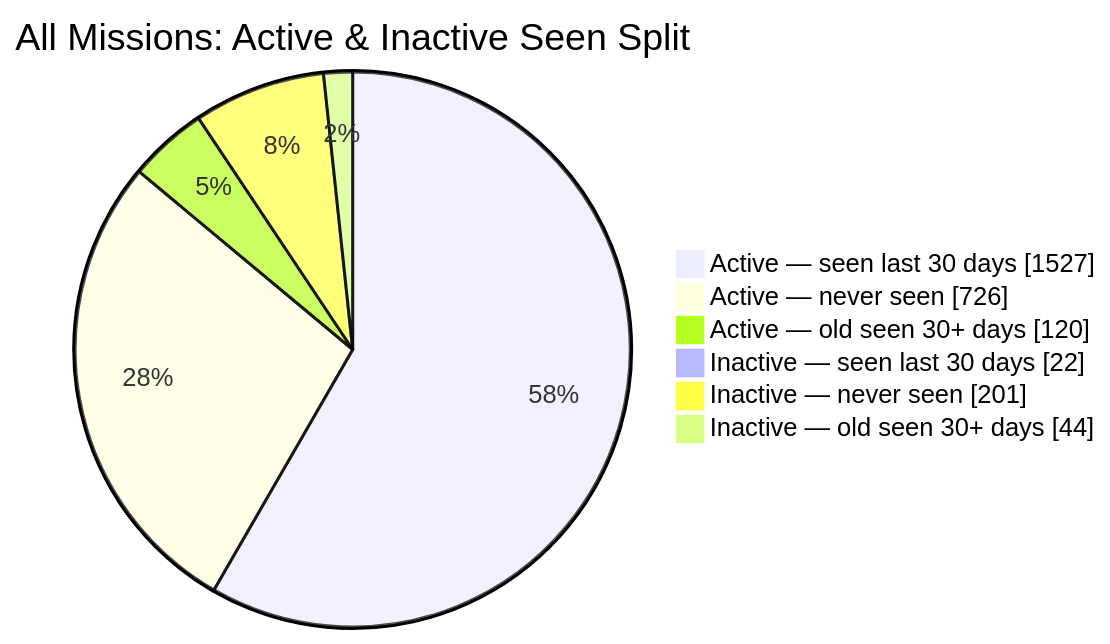
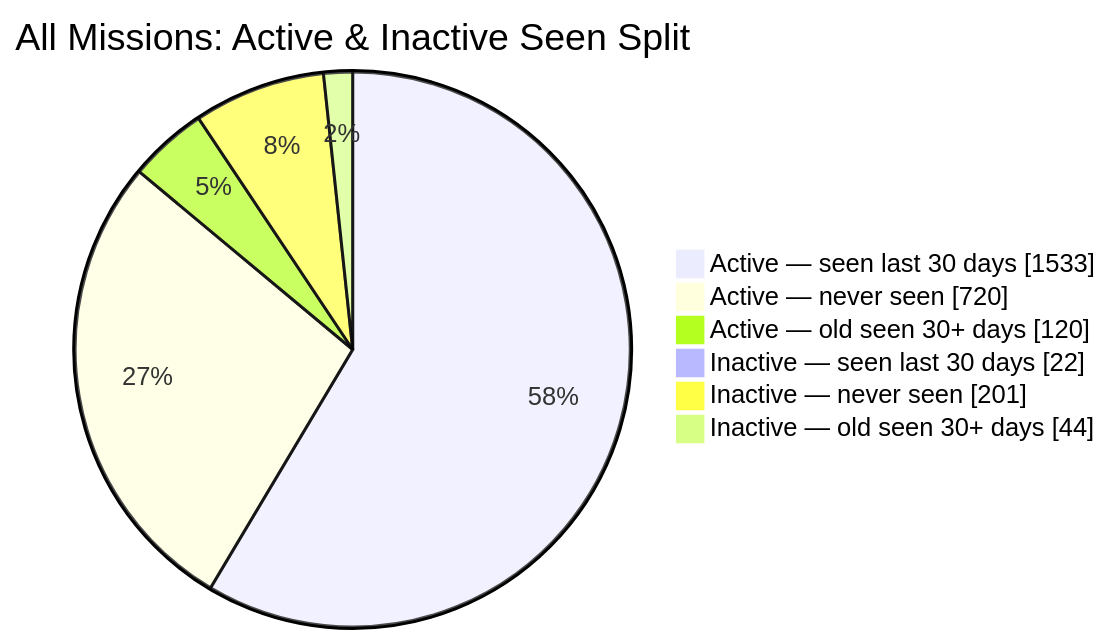
Before and after one commit to MeldkamerspelGameTeam/active-missions: the second of 2 diagrams in README.md, drawn with Mermaid. The commit also changed other lines of this file and 2 other files, not shown here.

````diff
--- a/README.md
+++ b/README.md
@@ -44,10 +44,10 @@
 ```mermaid
 pie showData
     title All Missions: Active & Inactive Seen Split
-    "Active — seen last 30 days" : 1527
-    "Active — never seen" : 726
+    "Active — seen last 30 days" : 1533
+    "Active — never seen" : 720
     "Active — old seen 30+ days" : 120
     "Inactive — seen last 30 days" : 22
     "Inactive — never seen" : 201
     "Inactive — old seen 30+ days" : 44
 ```
````
